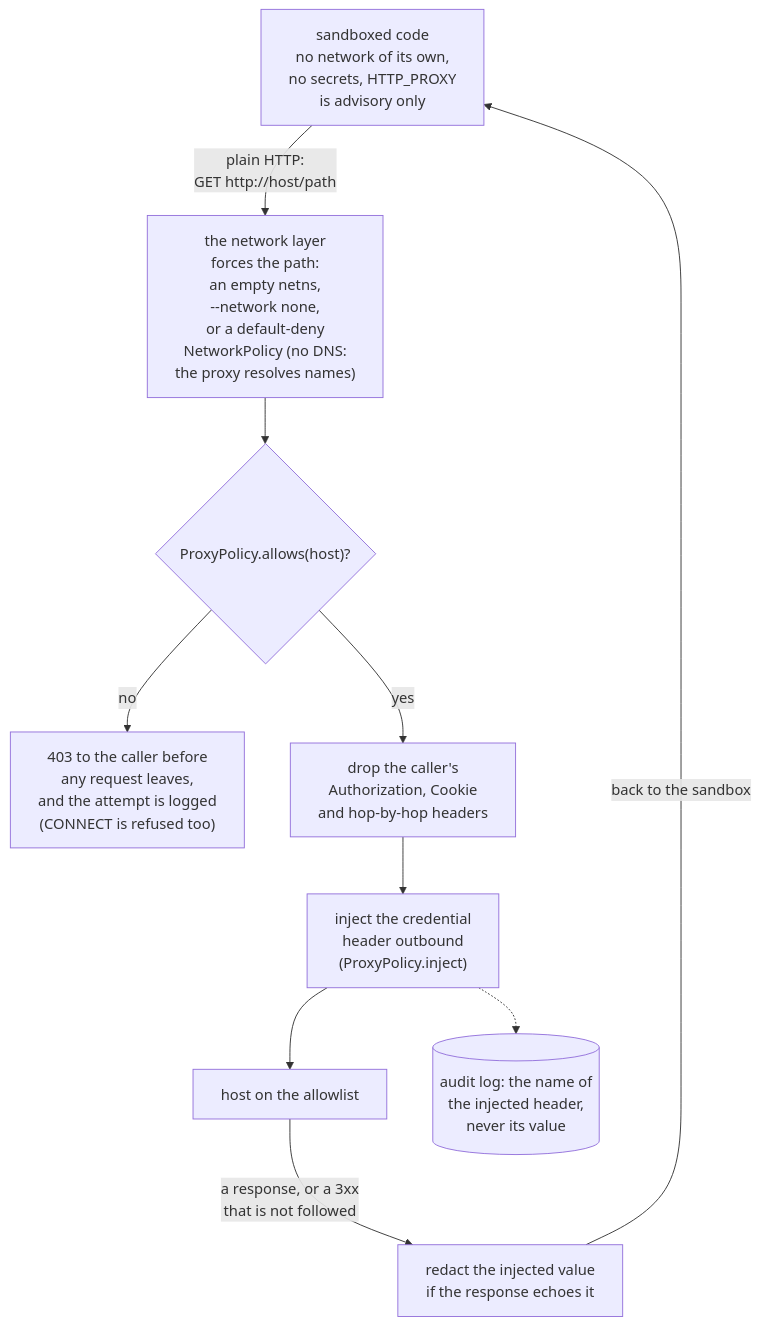
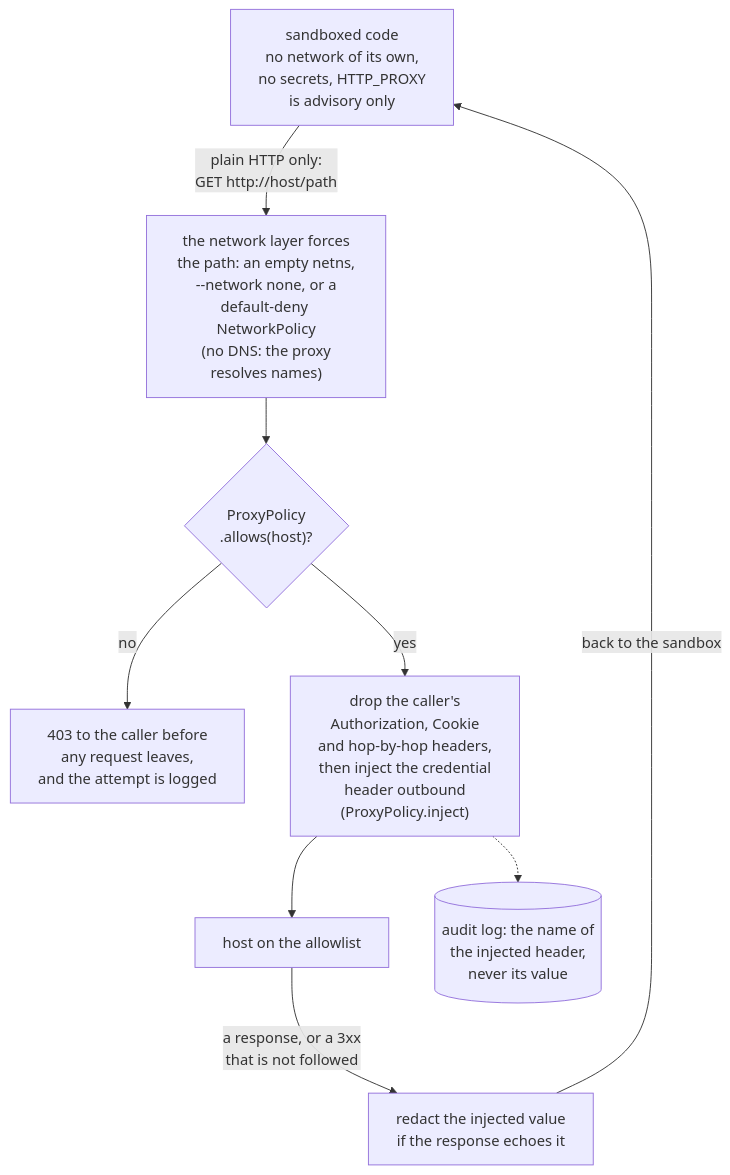
One commit to aniryou/full-stack-agentic-engineer changed the fourth of 6 diagrams in 07-application-agent-framework/sandboxed-execution/PRIMER.md. Above: the diagram before and after it, drawn with Mermaid. The commit also changed other lines of this file and 29 other files, not shown here.

````diff
--- a/07-application-agent-framework/sandboxed-execution/PRIMER.md
+++ b/07-application-agent-framework/sandboxed-execution/PRIMER.md
@@ -357,12 +357,11 @@
 ```mermaid
 flowchart TB
-  S["sandboxed code<br/>no network of its own,<br/>no secrets, HTTP_PROXY<br/>is advisory only"] -->|"plain HTTP:<br/>GET http://host/path"| N["the network layer<br/>forces the path:<br/>an empty netns,<br/>--network none,<br/>or a default-deny<br/>NetworkPolicy (no DNS:<br/>the proxy resolves names)"]
-  N --> X{"ProxyPolicy.allows(host)?"}
-  X -->|no| D["403 to the caller before<br/>any request leaves,<br/>and the attempt is logged<br/>(CONNECT is refused too)"]
-  X -->|yes| H["drop the caller's<br/>Authorization, Cookie<br/>and hop-by-hop headers"]
-  H --> I["inject the credential<br/>header outbound<br/>(ProxyPolicy.inject)"]
-  I --> U[host on the allowlist]
+  S["sandboxed code<br/>no network of its own,<br/>no secrets, HTTP_PROXY<br/>is advisory only"] -->|"plain HTTP only:<br/>GET http://host/path"| N["the network layer forces<br/>the path: an empty netns,<br/>--network none, or a<br/>default-deny NetworkPolicy<br/>(no DNS: the proxy<br/>resolves names)"]
+  N --> X{"ProxyPolicy<br/>.allows(host)?"}
+  X -->|no| D["403 to the caller before<br/>any request leaves,<br/>and the attempt is logged"]
+  X -->|yes| H["drop the caller's<br/>Authorization, Cookie<br/>and hop-by-hop headers,<br/>then inject the credential<br/>header outbound<br/>(ProxyPolicy.inject)"]
+  H --> U[host on the allowlist]
   U -->|"a response, or a 3xx<br/>that is not followed"| R["redact the injected value<br/>if the response echoes it"]
   R -->|"back to the sandbox"| S
-  I -.-> L[("audit log: the name of<br/>the injected header,<br/>never its value")]
+  H -.-> L[("audit log: the name of<br/>the injected header,<br/>never its value")]
 ```
````
